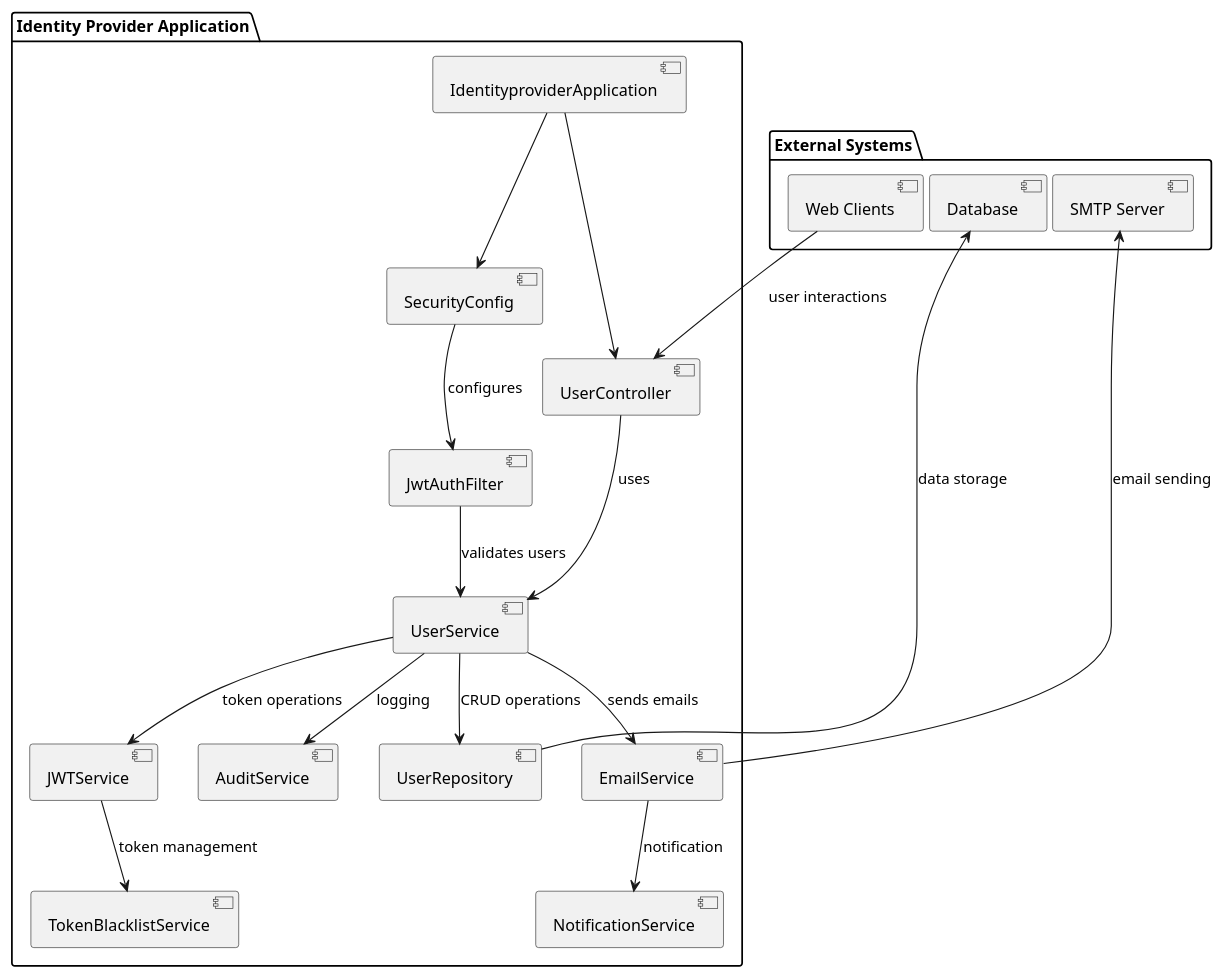
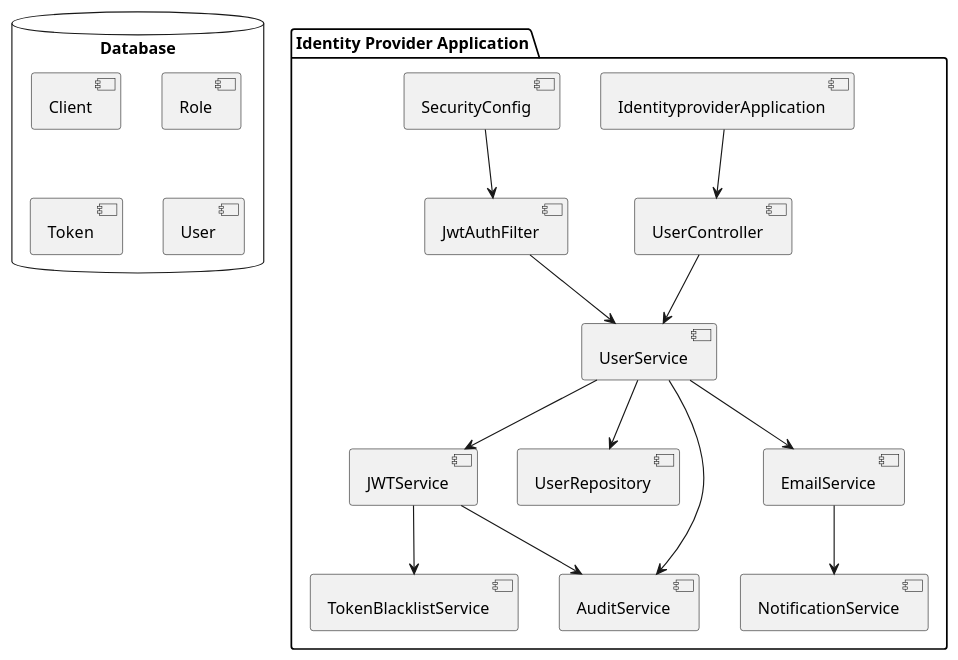
The diagram in identityprovider/documentation/architecturedesign.adoc (Dinesh-s95/AutoDoc.ai), drawn with PlantUML before and after one commit. The commit also changed other lines of this file and 4 other files, not shown here.

```diff
--- a/identityprovider/documentation/architecturedesign.adoc
+++ b/identityprovider/documentation/architecturedesign.adoc
@@ -18,40 +9,37 @@
-[plantuml, "system_architecture_diagram", png]
-....
+[plantuml, diagram-architecture, png]
+----
 @startuml
 package "Identity Provider Application" {
-  [IdentityproviderApplication] as IApp
-  [UserController] as UC
-  [SecurityConfig] as SC
-  [JwtAuthFilter] as JF
-  [UserService] as US
-  [JWTService] as JS
-  [UserRepository] as UR
-  [AuditService] as AS
-  [EmailService] as ES
-  [NotificationService] as NS
-  [TokenBlacklistService] as TBS
-
-  IApp --> UC
-  IApp --> SC
-  UC --> US : uses
-  SC --> JF : configures
-  JF --> US : validates users
-  US --> UR : CRUD operations
-  US --> JS : token operations
-  US --> AS : logging
-  US --> ES : sends emails
-  ES --> NS : notification
-  JS --> TBS : token management
+  [IdentityproviderApplication] as App
+  [UserController] as Controller
+  [UserService] as UserService
+  [JWTService] as JWTService
+  [SecurityConfig] as SecurityConfig
+  [JwtAuthFilter] as JwtAuthFilter
+  [UserRepository] as UserRepository
+  [AuditService] as AuditService
+  [EmailService] as EmailService
+  [NotificationService] as NotificationService
+  [TokenBlacklistService] as TokenBlacklistService
 }
 
-package "External Systems" {
-  [Database] as DB
-  [SMTP Server] as SMTP
-  [Web Clients] as WC
+database "Database" {
+  [Client]
+  [Role]
+  [Token]
+  [User]
 }
 
-DB <-- UR : data storage
-SMTP <-- ES : email sending
-WC --> UC : user interactions
+App --> Controller
+Controller --> UserService
+UserService --> UserRepository
+UserService --> JWTService
+UserService --> AuditService
+UserService --> EmailService
+JWTService --> AuditService
+JWTService --> TokenBlacklistService
+JwtAuthFilter --> UserService
+SecurityConfig --> JwtAuthFilter
+EmailService --> NotificationService
 @enduml
-....
+----
```
